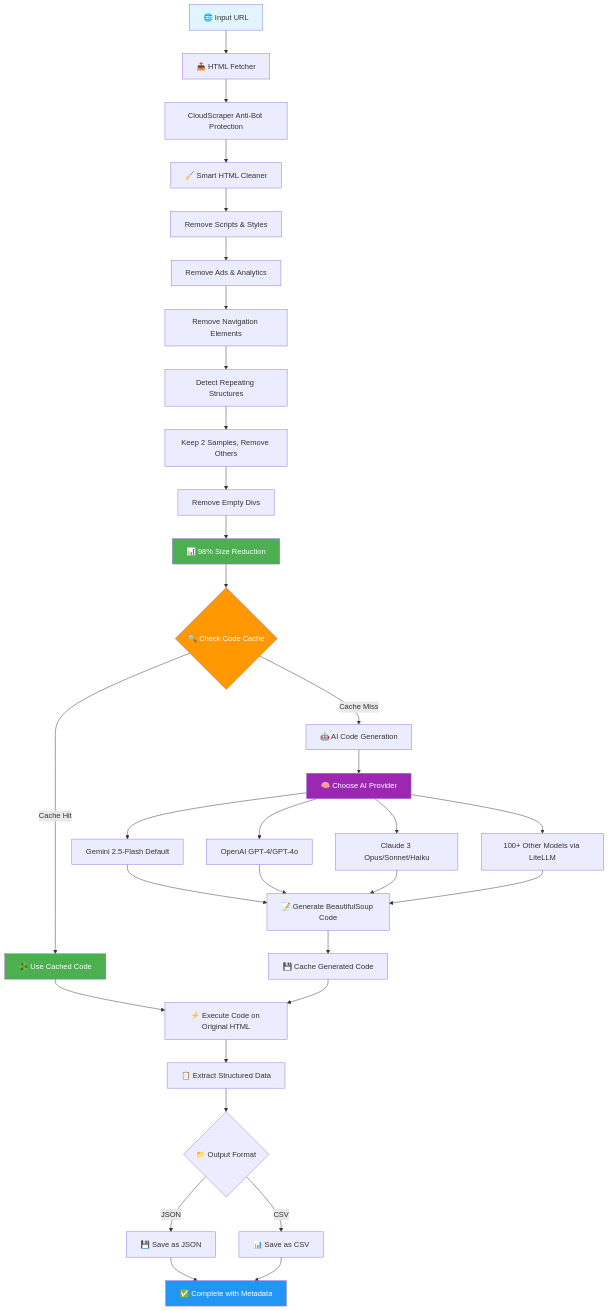
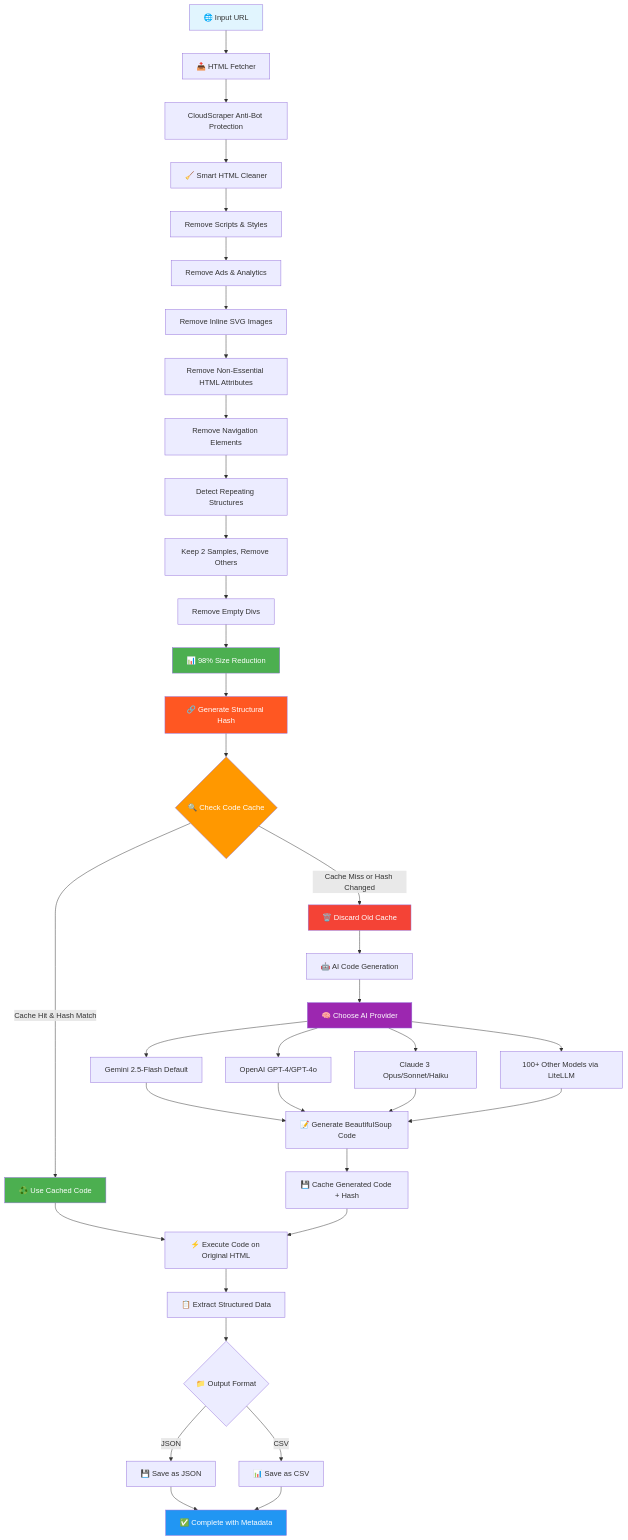
One commit to WitesoAI/universal-scraper changed the diagram in README.md. Above: the diagram before and after it, drawn with Mermaid.

````diff
--- a/README.md
+++ b/README.md
@@ -51,48 +51,54 @@
 ```mermaid
 graph TB
     A[🌐 Input URL] --> B[📥 HTML Fetcher]
     B --> B1[CloudScraper Anti-Bot Protection]
     B1 --> C[🧹 Smart HTML Cleaner]
     
     C --> C1[Remove Scripts & Styles]
     C1 --> C2[Remove Ads & Analytics]
-    C2 --> C3[Remove Navigation Elements]
+    C2 --> C2a[Remove Inline SVG Images]
+    C2a --> C2b[Remove Non-Essential HTML Attributes]
+    C2b --> C3[Remove Navigation Elements]
     C3 --> C4[Detect Repeating Structures]
     C4 --> C5[Keep 2 Samples, Remove Others]
     C5 --> C6[Remove Empty Divs]
     C6 --> D[📊 98% Size Reduction]
     
-    D --> E{🔍 Check Code Cache}
-    E -->|Cache Hit| F[♻️ Use Cached Code]
-    E -->|Cache Miss| G[🤖 AI Code Generation]
+    D --> D1[🔗 Generate Structural Hash]
+    D1 --> E{🔍 Check Code Cache}
+    E -->|Cache Hit & Hash Match| F[♻️ Use Cached Code]
+    E -->|Cache Miss or Hash Changed| E1[🗑️ Discard Old Cache]
+    E1 --> G[🤖 AI Code Generation]
     
     G --> G1[🧠 Choose AI Provider]
     G1 --> G2[Gemini 2.5-Flash Default]
     G1 --> G3[OpenAI GPT-4/GPT-4o]
     G1 --> G4[Claude 3 Opus/Sonnet/Haiku]
     G1 --> G5[100+ Other Models via LiteLLM]
     
     G2 --> H[📝 Generate BeautifulSoup Code]
     G3 --> H
     G4 --> H
     G5 --> H
     
-    H --> I[💾 Cache Generated Code]
+    H --> I[💾 Cache Generated Code + Hash]
     F --> J[⚡ Execute Code on Original HTML]
     I --> J
     
     J --> K[📋 Extract Structured Data]
     K --> L{📁 Output Format}
     L -->|JSON| M[💾 Save as JSON]
     L -->|CSV| N[📊 Save as CSV]
     
     M --> O[✅ Complete with Metadata]
     N --> O
     
     style A fill:#e1f5fe
     style D fill:#4caf50,color:#fff
+    style D1 fill:#ff5722,color:#fff
     style E fill:#ff9800,color:#fff
+    style E1 fill:#f44336,color:#fff
     style F fill:#4caf50,color:#fff
     style G1 fill:#9c27b0,color:#fff
     style O fill:#2196f3,color:#fff
 ```
````
